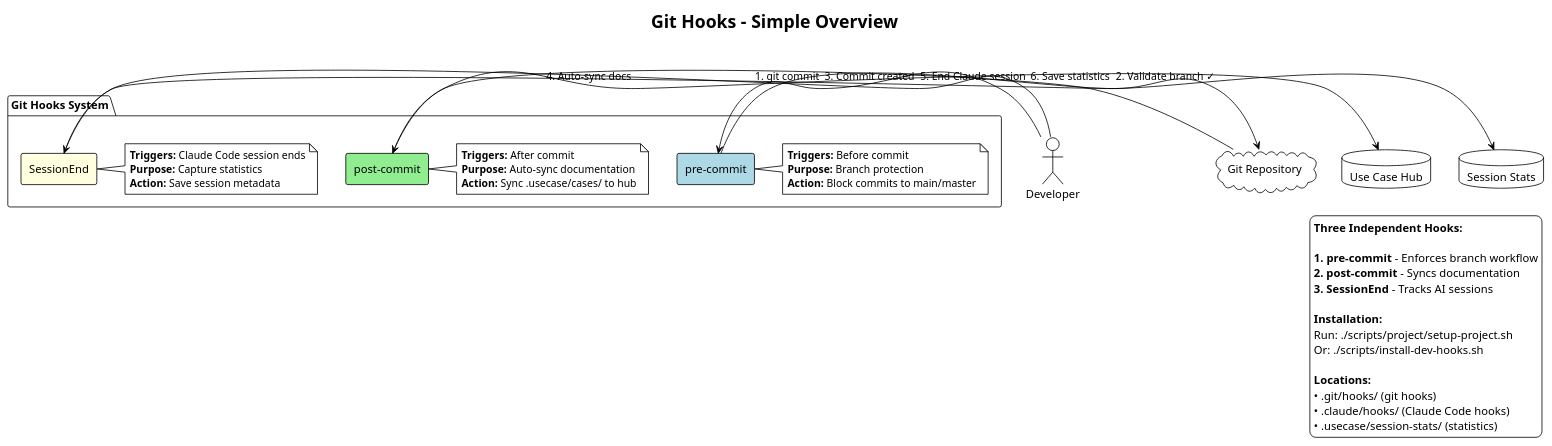
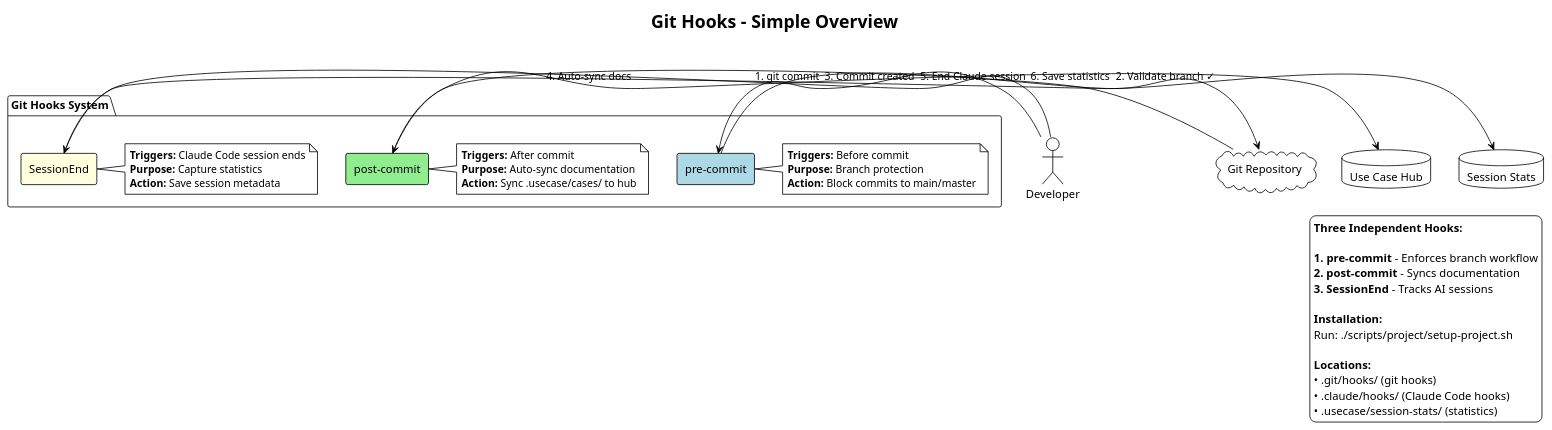
Before and after one commit to mt-osiris-tools/ai-use-case-cli: the diagram in docs/diagrams/git-hooks-overview.puml, drawn with PlantUML. The commit also changed 2 other files, not shown here.

Commit message:
fix: address Copilot PR review comments on diagram accuracy
- git-hooks-sequence.puml: Clarify that only .md files in .usecase/cases/ are checked
- git-hooks-sequence.puml: Change "Use Case Hub\nRepository" to "Use Case Hub" for consistency
- git-hooks-overview.puml: Remove misleading install-dev-hooks.sh reference (for CLI dev, not project setup)
- git-hooks-flow.puml: Change participant to just setup-project.sh (these diagrams are for project setup)

The install-dev-hooks.sh script is for developers working on the CLI tool itself,
while these diagrams document hooks for projects that USE the CLI tool via setup-project.sh.

🤖 Generated with [Claude Code](https://claude.com/claude-code)

```diff
--- a/docs/diagrams/git-hooks-overview.puml
+++ b/docs/diagrams/git-hooks-overview.puml
@@ -1,66 +1,65 @@
 @startuml Git Hooks Overview
 !theme plain
 
 title Git Hooks - Simple Overview
 
 skinparam componentStyle rectangle
 skinparam backgroundColor #FFFFFF
 
 ' Components
 package "Git Hooks System" {
 
   [pre-commit] as PreCommit #LightBlue
   [post-commit] as PostCommit #LightGreen
   [SessionEnd] as SessionEnd #LightYellow
 
   note right of PreCommit
     **Triggers:** Before commit
     **Purpose:** Branch protection
     **Action:** Block commits to main/master
   end note
 
   note right of PostCommit
     **Triggers:** After commit
     **Purpose:** Auto-sync documentation
     **Action:** Sync .usecase/cases/ to hub
   end note
 
   note right of SessionEnd
     **Triggers:** Claude Code session ends
     **Purpose:** Capture statistics
     **Action:** Save session metadata
   end note
 }
 
 ' Flow diagram
 actor Developer
 cloud "Git Repository" as Git
 database "Use Case Hub" as Hub
 database "Session Stats" as Stats
 
 Developer -> PreCommit: 1. git commit
 PreCommit -> Git: 2. Validate branch ✓
 Git -> PostCommit: 3. Commit created
 PostCommit -> Hub: 4. Auto-sync docs
 Developer -> SessionEnd: 5. End Claude session
 SessionEnd -> Stats: 6. Save statistics
 
 ' Legend
 legend right
   **Three Independent Hooks:**
 
   **1. pre-commit** - Enforces branch workflow
   **2. post-commit** - Syncs documentation
   **3. SessionEnd** - Tracks AI sessions
 
   **Installation:**
   Run: ./scripts/project/setup-project.sh
-  Or: ./scripts/install-dev-hooks.sh
 
   **Locations:**
   • .git/hooks/ (git hooks)
   • .claude/hooks/ (Claude Code hooks)
   • .usecase/session-stats/ (statistics)
 endlegend
 
 @enduml
```
